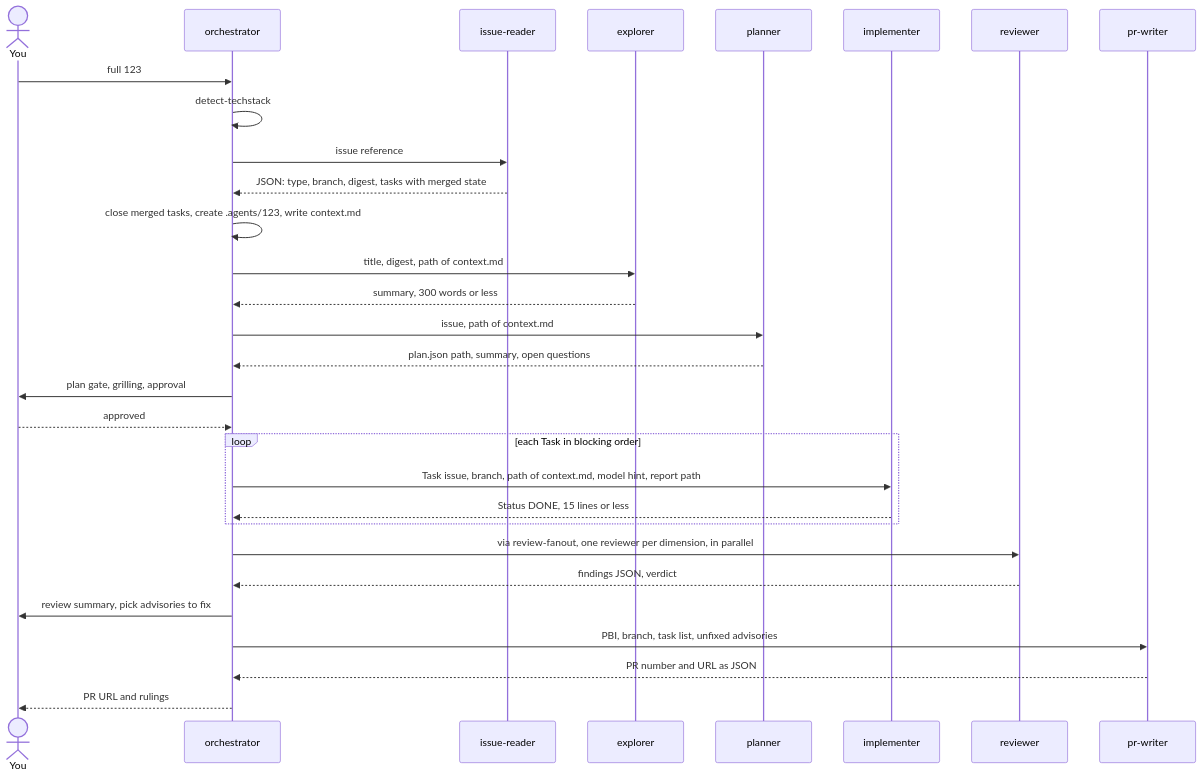
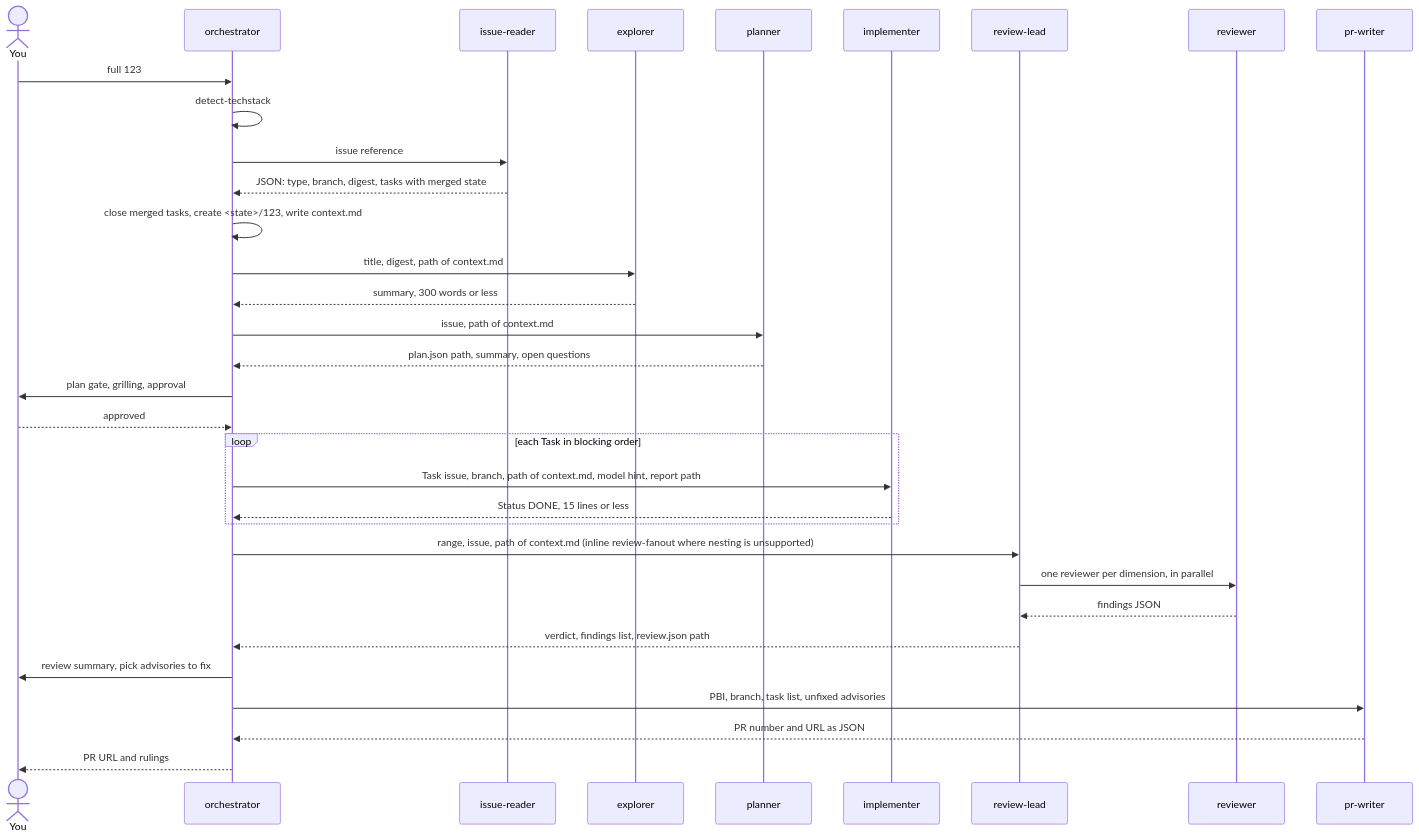
One commit to GravionLabs/apm-hub changed the third of 11 diagrams in docs/orchestrator.md. Above: the diagram before and after it, drawn with Mermaid. The commit also changed other lines of this file and 215 other files, not shown here.

````diff
--- a/docs/orchestrator.md
+++ b/docs/orchestrator.md
@@ -85,32 +93,35 @@
 ```mermaid
 sequenceDiagram
     actor U as You
     participant O as orchestrator
     participant D as issue-reader
     participant E as explorer
     participant P as planner
     participant I as implementer
+    participant L as review-lead
     participant R as reviewer
     participant W as pr-writer
     U->>O: full 123
     O->>O: detect-techstack
     O->>D: issue reference
     D-->>O: JSON: type, branch, digest, tasks with merged state
-    O->>O: close merged tasks, create .agents/123, write context.md
+    O->>O: close merged tasks, create <state>/123, write context.md
     O->>E: title, digest, path of context.md
     E-->>O: summary, 300 words or less
     O->>P: issue, path of context.md
     P-->>O: plan.json path, summary, open questions
     O->>U: plan gate, grilling, approval
     U-->>O: approved
     loop each Task in blocking order
         O->>I: Task issue, branch, path of context.md, model hint, report path
         I-->>O: Status DONE, 15 lines or less
     end
-    O->>R: via review-fanout, one reviewer per dimension, in parallel
-    R-->>O: findings JSON, verdict
+    O->>L: range, issue, path of context.md (inline review-fanout where nesting is unsupported)
+    L->>R: one reviewer per dimension, in parallel
+    R-->>L: findings JSON
+    L-->>O: verdict, findings list, review.json path
     O->>U: review summary, pick advisories to fix
     O->>W: PBI, branch, task list, unfixed advisories
     W-->>O: PR number and URL as JSON
     O-->>U: PR URL and rulings
 ```
````
